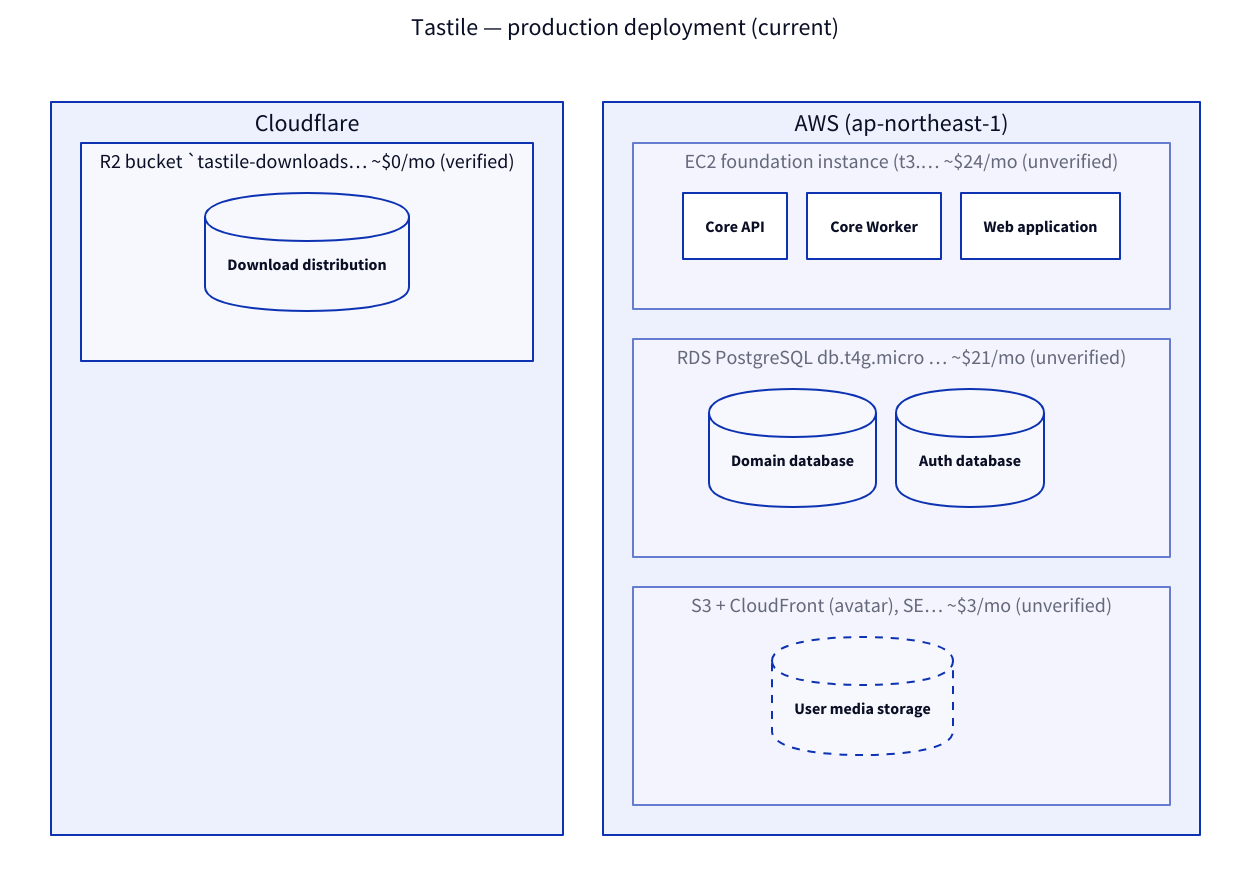
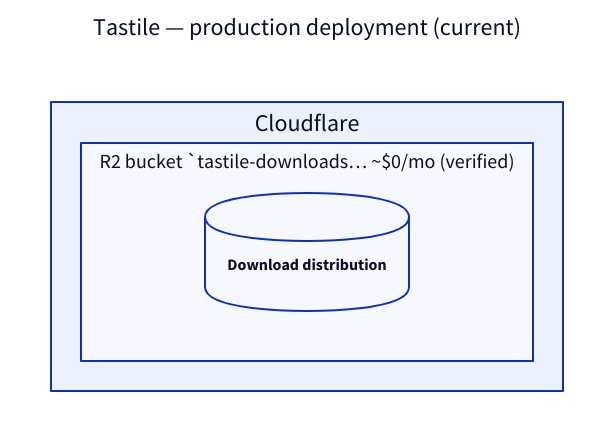
The diagram in architecture/views/deployment-production-current.d2 (tastile/tastile-root), drawn with D2 before and after one commit. The commit also changed 19 other files, not shown here.

```diff
--- a/architecture/views/deployment-production-current.d2
+++ b/architecture/views/deployment-production-current.d2
@@ -1,53 +1,27 @@
 # GENERATED by scripts/architecture/generate.ts from architecture/model/*.yaml — do not edit.
 vars: {
   d2-config: {
     layout-engine: elk
   }
 }
 direction: down
 title: "Tastile — production deployment (current)" {
   near: top-center
   shape: text
   style.font-size: 24
 }
 
 provider_stack: "" {
   grid-rows: 1
   grid-gap: 40
   style.opacity: 0
   prov_cloudflare: "Cloudflare" {
     grid-columns: 1
     grid-gap: 30
     node_prod_downloads: "R2 bucket `tastile-downloads… ~\$0/mo (verified)" {
       ctr_downloads: "Download distribution" {
         shape: cylinder
       }
     }
   }
-  prov_aws: "AWS (ap-northeast-1)" {
-    grid-columns: 1
-    grid-gap: 30
-    node_current_prod_ec2: "EC2 foundation instance (t3.… ~\$24/mo (unverified)" {
-      style.opacity: 0.6
-      ctr_core_api: "Core API"
-      ctr_core_worker: "Core Worker"
-      ctr_web: "Web application"
-    }
-    node_current_prod_rds: "RDS PostgreSQL db.t4g.micro … ~\$21/mo (unverified)" {
-      style.opacity: 0.6
-      ctr_domain_db: "Domain database" {
-        shape: cylinder
-      }
-      ctr_auth_db: "Auth database" {
-        shape: cylinder
-      }
-    }
-    node_current_prod_aws_misc: "S3 + CloudFront (avatar), SE… ~\$3/mo (unverified)" {
-      style.opacity: 0.6
-      ctr_media: "User media storage" {
-        shape: cylinder
-        style.stroke-dash: 4
-      }
-    }
-  }
 }
```
